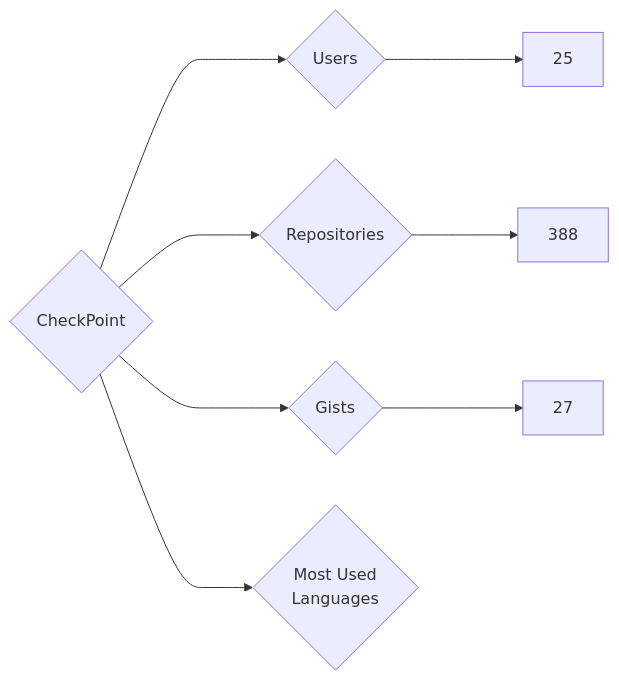
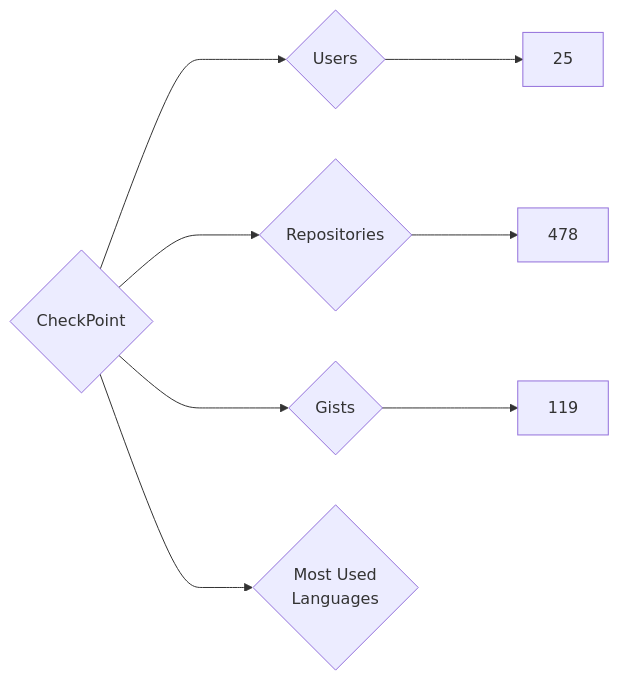
One commit to nenadzaric/insiders changed the diagram in targets/CheckPoint/README.md. Above: the diagram before and after it, drawn with Mermaid. The commit also changed 1342 other files, not shown here.

````diff
--- a/targets/CheckPoint/README.md
+++ b/targets/CheckPoint/README.md
@@ -3,8 +3,8 @@
 ```mermaid
 graph LR
 COMPANY_NAME{CheckPoint}
 COMPANY_NAME ---> U{Users} ---> UN[25]
-COMPANY_NAME ---> R{Repositories} ---> RN[388]
-COMPANY_NAME ---> G{Gists} ---> GN[27]
+COMPANY_NAME ---> R{Repositories} ---> RN[478]
+COMPANY_NAME ---> G{Gists} ---> GN[119]
 COMPANY_NAME ---> ML{Most Used<br>Languages}
 ```
````
